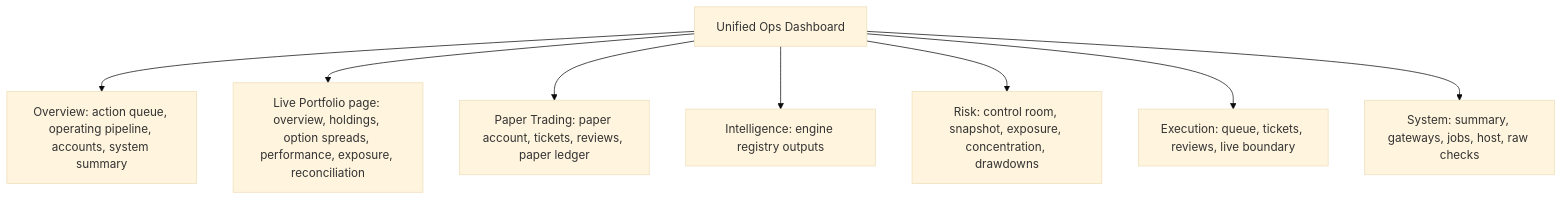
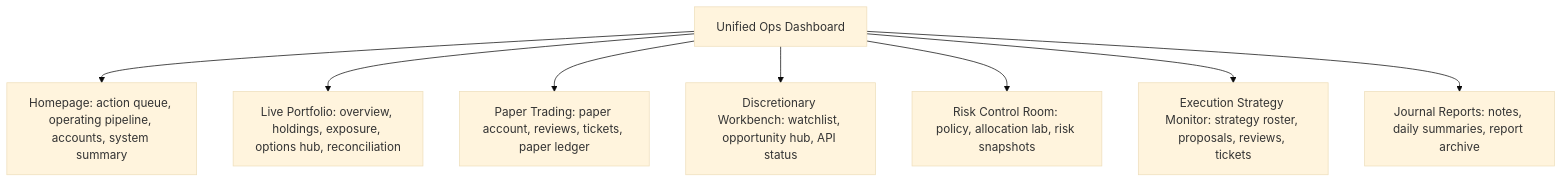
The third of 4 diagrams in ARCHITECTURE.md (Imnotcooking/alpha-factory), drawn with Mermaid (base theme) before and after one commit. The commit also changed other lines of this file and 28 other files, not shown here.

````diff
--- a/ARCHITECTURE.md
+++ b/ARCHITECTURE.md
@@ -138,10 +138,10 @@
 ```mermaid
 flowchart TD
-    Ops["Unified Ops Dashboard"] --> Overview["Overview: action queue, operating pipeline, accounts, system summary"]
-    Ops --> Live["Live Portfolio page: overview, holdings, option spreads, performance, exposure, reconciliation"]
-    Ops --> Paper["Paper Trading: paper account, tickets, reviews, paper ledger"]
-    Ops --> IntelligencePage["Intelligence: engine registry outputs"]
-    Ops --> Risk["Risk: control room, snapshot, exposure, concentration, drawdowns"]
-    Ops --> Execution["Execution: queue, tickets, reviews, live boundary"]
-    Ops --> System["System: summary, gateways, jobs, host, raw checks"]
+    Ops["Unified Ops Dashboard"] --> Home["Homepage: action queue, operating pipeline, accounts, system summary"]
+    Ops --> Live["Live Portfolio: overview, holdings, exposure, options hub, reconciliation"]
+    Ops --> Paper["Paper Trading: paper account, reviews, tickets, paper ledger"]
+    Ops --> Workbench["Discretionary Workbench: watchlist, opportunity hub, API status"]
+    Ops --> Risk["Risk Control Room: policy, allocation lab, risk snapshots"]
+    Ops --> Execution["Execution Strategy Monitor: strategy roster, proposals, reviews, tickets"]
+    Ops --> Journal["Journal Reports: notes, daily summaries, report archive"]
 ```
````
